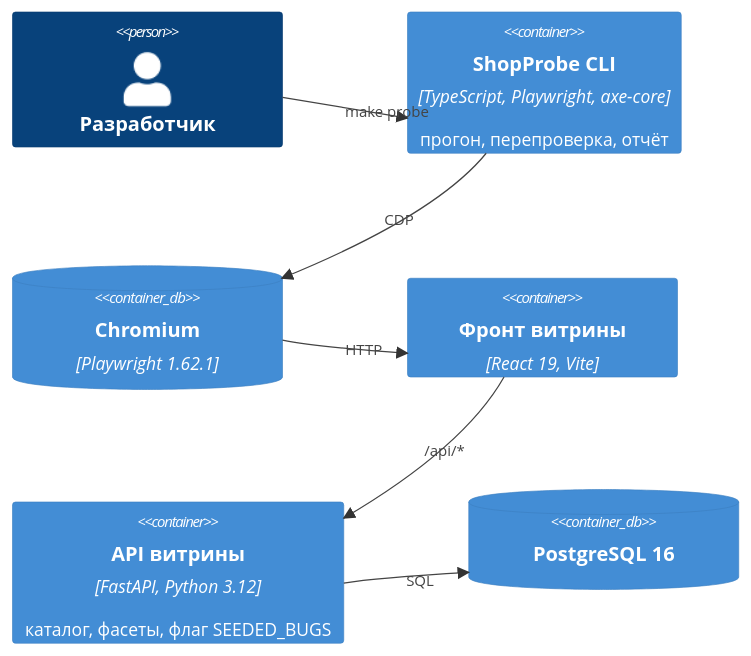
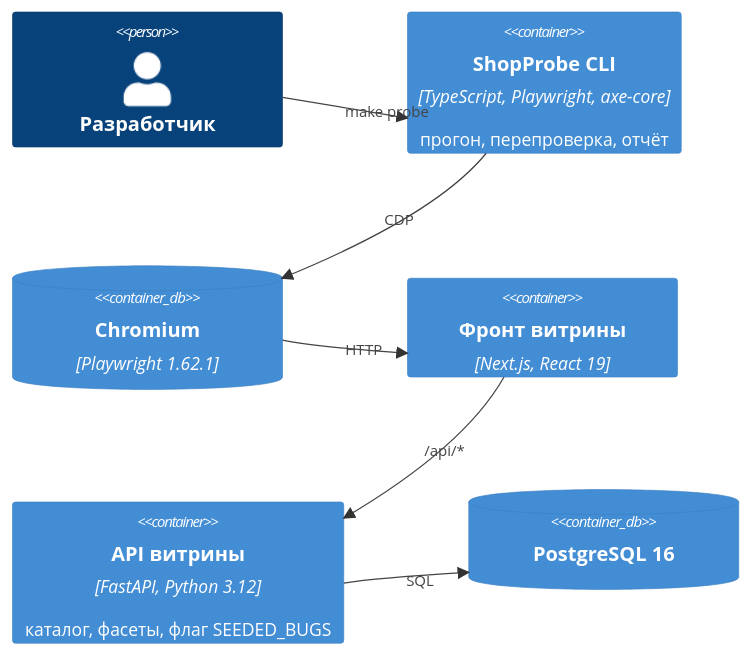
One commit to Georgy213123/shopprobe changed the second of 2 diagrams in docs/03-design/architecture.md. Above: the diagram before and after it, drawn with Mermaid. The commit also changed 38 other files, not shown here.

````diff
--- a/docs/03-design/architecture.md
+++ b/docs/03-design/architecture.md
@@ -23,14 +23,14 @@
 ```mermaid
 C4Container
   Person(dev, "Разработчик")
   Container(probe, "ShopProbe CLI", "TypeScript, Playwright, axe-core", "прогон, перепроверка, отчёт")
   ContainerDb(chromium, "Chromium", "Playwright 1.62.1")
-  Container(web, "Фронт витрины", "React 19, Vite")
+  Container(web, "Фронт витрины", "Next.js, React 19")
   Container(api, "API витрины", "FastAPI, Python 3.12", "каталог, фасеты, флаг SEEDED_BUGS")
   ContainerDb(db, "PostgreSQL 16", "")
   Rel(dev, probe, "make probe")
   Rel(probe, chromium, "CDP")
   Rel(chromium, web, "HTTP")
   Rel(web, api, "/api/*")
   Rel(api, db, "SQL")
 ```
````
